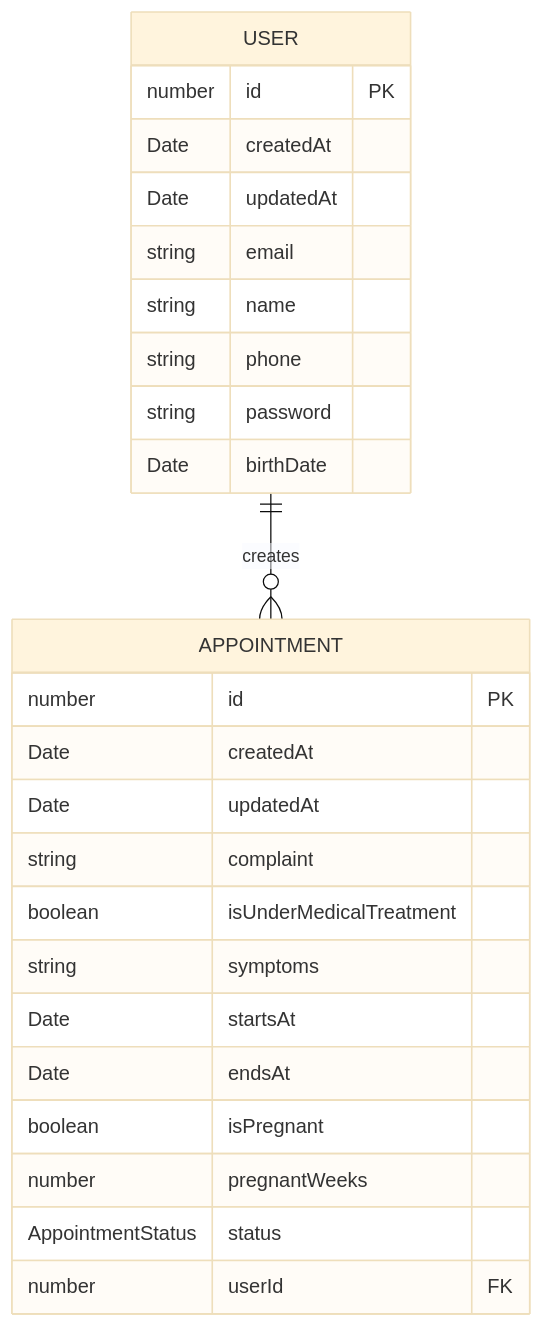
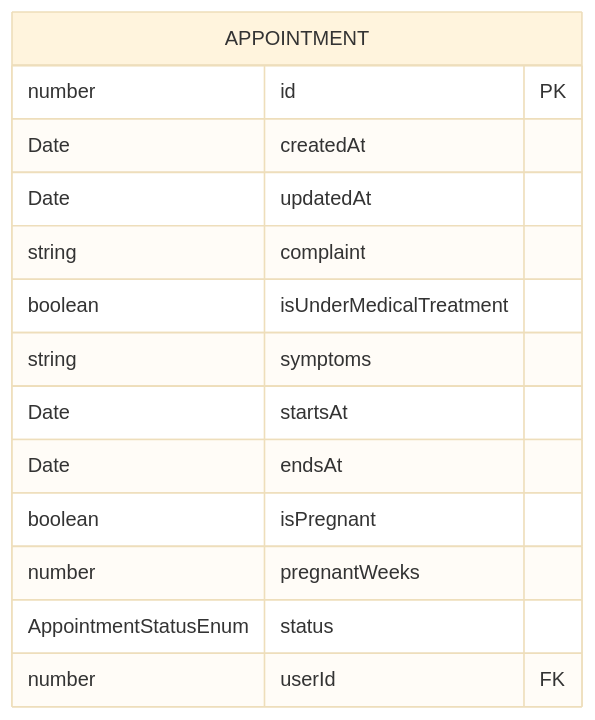
The third of 4 diagrams in README.md (leonardodimarchi/massage-therapy-api), drawn with Mermaid before and after one commit. The commit also changed other lines of this file, not shown here.

Commit message:
docs(README): updating diagram

````diff
--- a/README.md
+++ b/README.md
@@ -5,33 +33,21 @@
 ```mermaid
 %%{init: {'theme':'base'}}%%
 erDiagram
-    USER ||--o{ APPOINTMENT : creates
-    USER {
-        number id PK
-        Date createdAt
-        Date updatedAt
-
-        string email
-        string name
-        string phone
-        string password
-        Date birthDate
-    }
 
     APPOINTMENT {
         number id PK
         Date createdAt
         Date updatedAt
 
         string complaint
         boolean isUnderMedicalTreatment
         string symptoms
         Date startsAt
         Date endsAt
         boolean isPregnant
         number pregnantWeeks
-        AppointmentStatus status
+        AppointmentStatusEnum status
 
         number userId FK
     }
 ```
````
